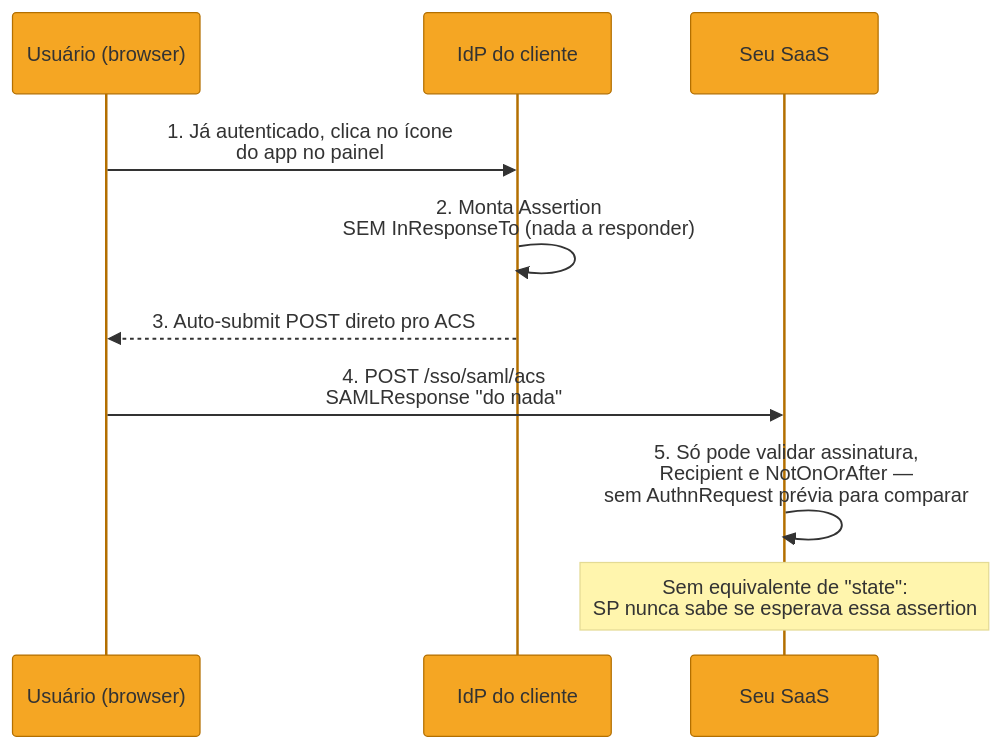
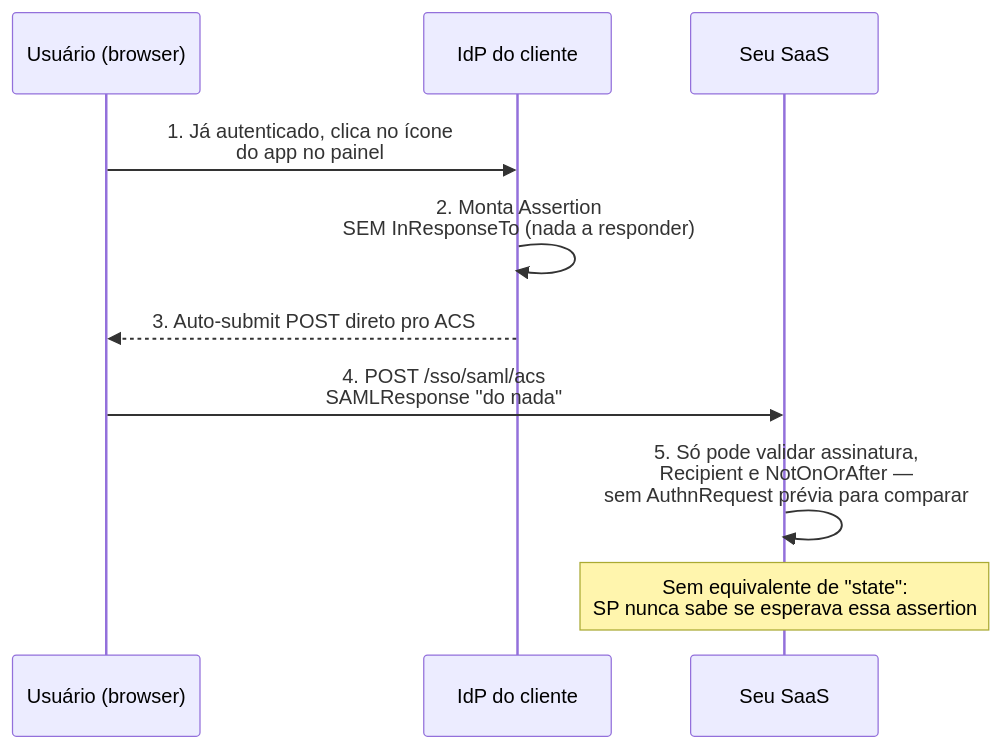
Before and after one commit to josenaldo/codex-technomanticus: the fourth of 6 diagrams in 03-Dominios/Engenharia/Auth e Identidade/2 - OAuth 2.1 e OpenID Connect/06 - SSO corporativo — SAML, federação e SCIM.md, drawn with Mermaid. The commit also changed other lines of this file and 1181 other files, not shown here.

First line of the commit message:
fix(diagramas): paleta do sistema no lugar de cor cravada no markdown

````diff
--- a/03-Dominios/Engenharia/Auth e Identidade/2 - OAuth 2.1 e OpenID Connect/06 - SSO corporativo — SAML, federação e SCIM.md
+++ b/03-Dominios/Engenharia/Auth e Identidade/2 - OAuth 2.1 e OpenID Connect/06 - SSO corporativo — SAML, federação e SCIM.md
@@ -147,15 +147,14 @@
 ```mermaid
-%%{init: {"theme": "base", "themeVariables": {"primaryColor": "#F5A623", "primaryBorderColor": "#B36F00", "lineColor": "#D0021B"}}}%%
 sequenceDiagram
     participant U as Usuário (browser)
     participant IdP as IdP do cliente
     participant SP as Seu SaaS
 
     U->>IdP: 1. Já autenticado, clica no ícone<br/>do app no painel
     IdP->>IdP: 2. Monta Assertion<br/>SEM InResponseTo (nada a responder)
     IdP-->>U: 3. Auto-submit POST direto pro ACS
     U->>SP: 4. POST /sso/saml/acs<br/>SAMLResponse "do nada"
     SP->>SP: 5. Só pode validar assinatura,<br/>Recipient e NotOnOrAfter —<br/>sem AuthnRequest prévia para comparar
 
     Note over SP: Sem equivalente de "state":<br/>SP nunca sabe se esperava essa assertion
 ```
````
